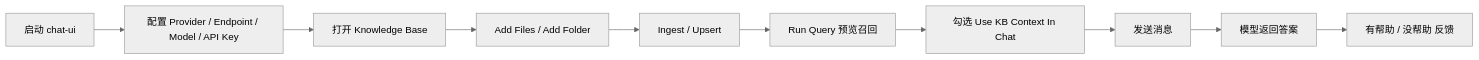
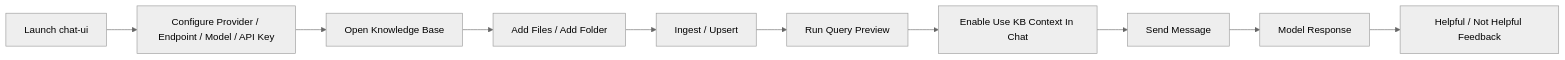
One commit to yeyixiang2007/YFanRAG changed the first of 2 diagrams in docs/gui.md. Above: the diagram before and after it, drawn with Mermaid (neutral theme). The commit also changed other lines of this file and 20 other files, not shown here.

````diff
--- a/docs/gui.md
+++ b/docs/gui.md
@@ -19,12 +21,12 @@
 ```mermaid
 flowchart LR
-  A["启动 chat-ui"] --> B["配置 Provider / Endpoint / Model / API Key"]
-  B --> C["打开 Knowledge Base"]
+  A["Launch chat-ui"] --> B["Configure Provider / Endpoint / Model / API Key"]
+  B --> C["Open Knowledge Base"]
   C --> D["Add Files / Add Folder"]
   D --> E["Ingest / Upsert"]
-  E --> F["Run Query 预览召回"]
-  F --> G["勾选 Use KB Context In Chat"]
-  G --> H["发送消息"]
-  H --> I["模型返回答案"]
-  I --> J["有帮助 / 没帮助 反馈"]
+  E --> F["Run Query Preview"]
+  F --> G["Enable Use KB Context In Chat"]
+  G --> H["Send Message"]
+  H --> I["Model Response"]
+  I --> J["Helpful / Not Helpful Feedback"]
 ```
````
